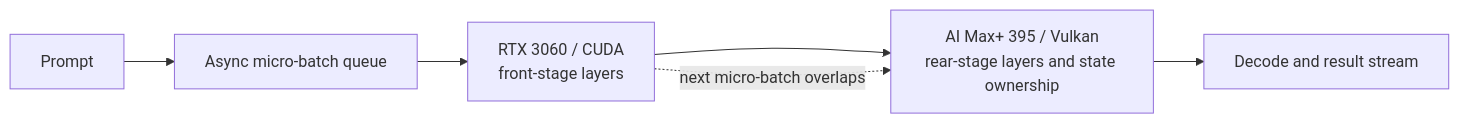
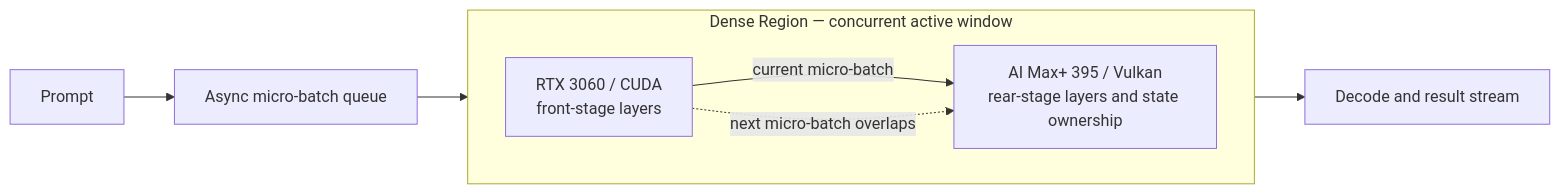
Before and after one commit to Soulmate-Halo/heterogeneous-gpu-pd-lab: the diagram in README.md, drawn with Mermaid. The commit also changed other lines of this file, not shown here.

Commit message:
Publish AI Max+ 395 Dense Acceleration: rename v2.5 to Dense Acceleration, rewrite research evolution

````diff
--- a/README.md
+++ b/README.md
@@ -18,8 +18,11 @@
 ```mermaid
 flowchart LR
     P[Prompt] --> Q[Async micro-batch queue]
-    Q --> N[RTX 3060 / CUDA<br/>front-stage layers]
-    N --> A[AI Max+ 395 / Vulkan<br/>rear-stage layers and state ownership]
+    subgraph D["Dense Region — concurrent active window"]
+        direction LR
+        N[RTX 3060 / CUDA<br/>front-stage layers] -->|current micro-batch| A[AI Max+ 395 / Vulkan<br/>rear-stage layers and state ownership]
+    end
+    Q --> N
     A --> O[Decode and result stream]
     N -. next micro-batch overlaps .-> A
 ```
````
